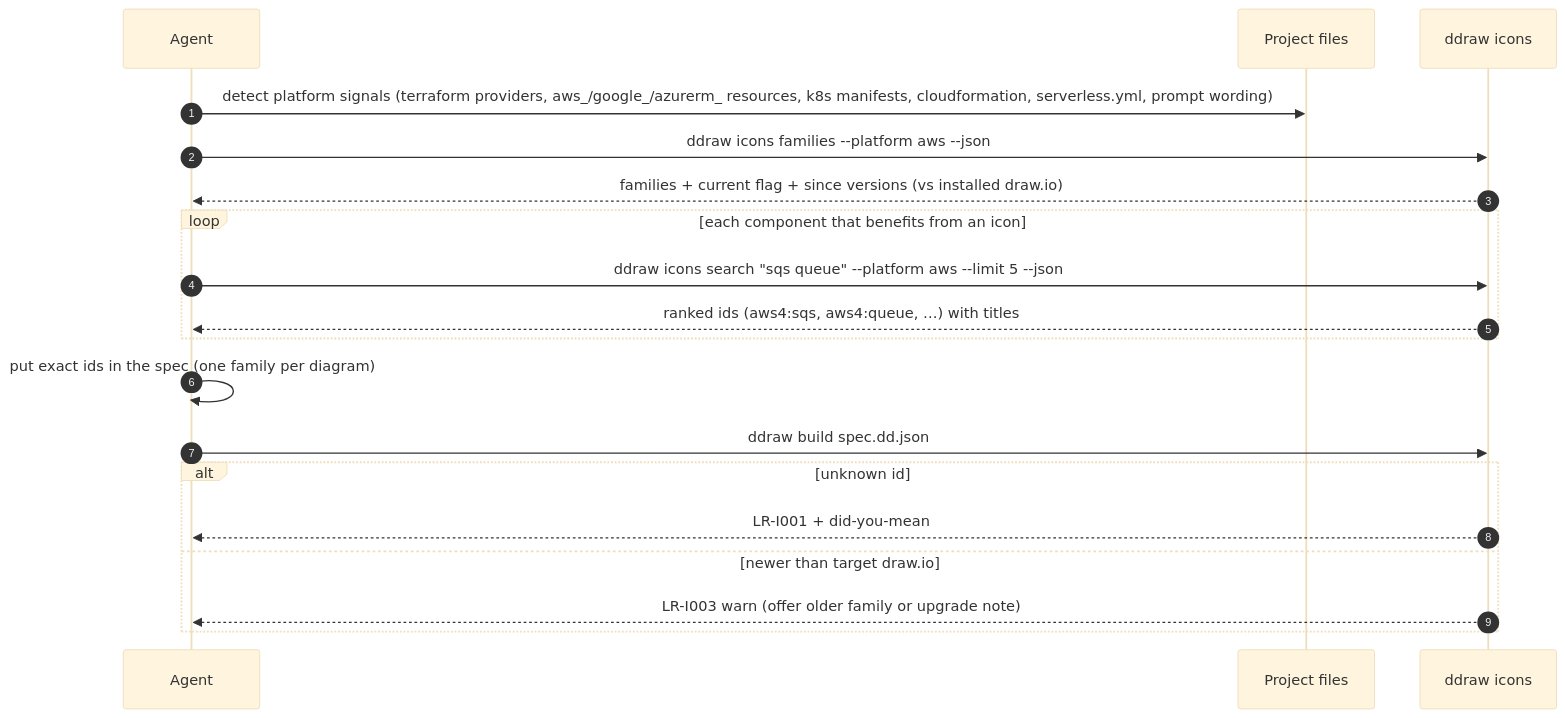
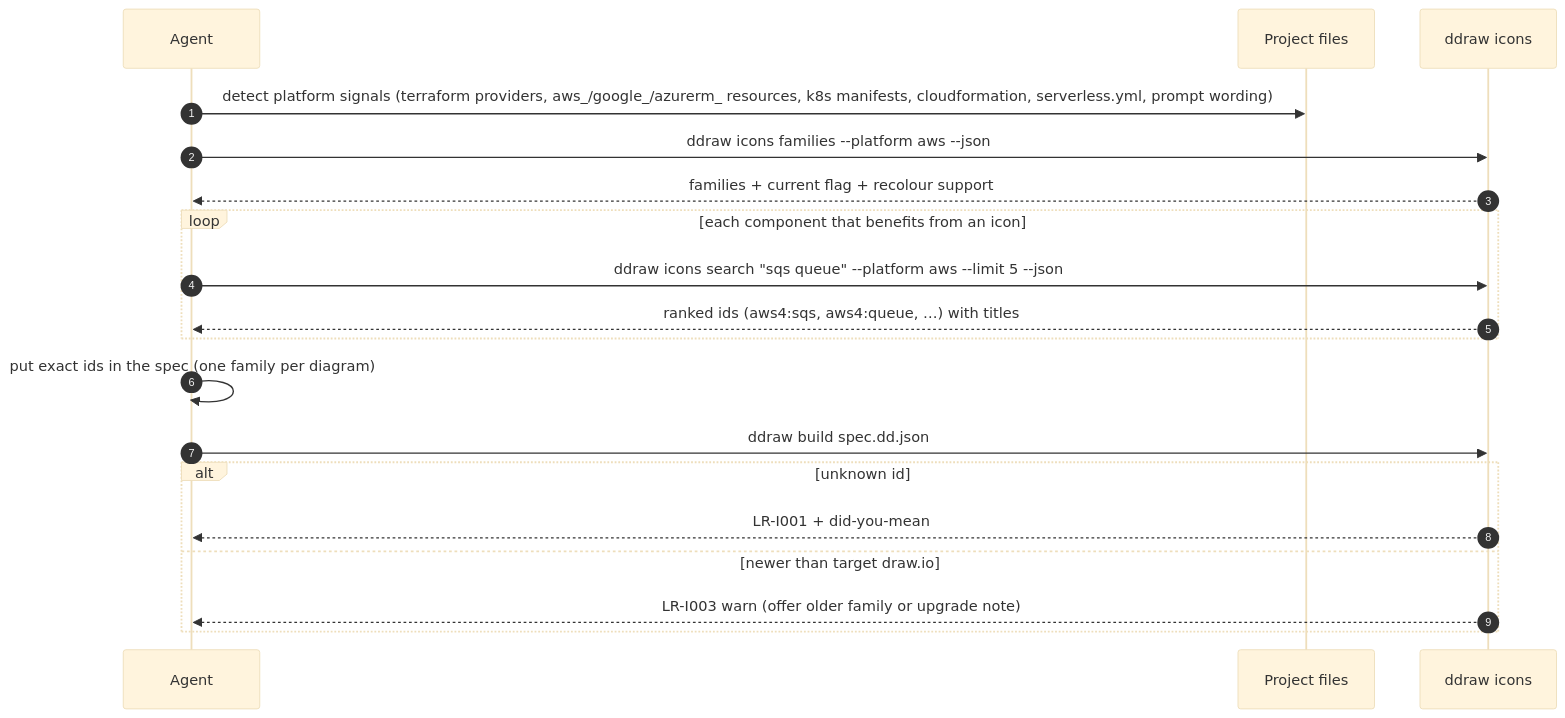
One commit to george4data/draw-design changed diagram 12 of 25 in docs/prd.md. Above: the diagram before and after it, drawn with Mermaid (base theme). The commit also changed other lines of this file and 37 other files, not shown here.

````diff
--- a/docs/prd.md
+++ b/docs/prd.md
@@ -1193,21 +1204,21 @@
 ```mermaid
 sequenceDiagram
     autonumber
     participant Agent
     participant Repo as Project files
     participant CLI as ddraw icons
     Agent->>Repo: detect platform signals (terraform providers, aws_/google_/azurerm_ resources, k8s manifests, cloudformation, serverless.yml, prompt wording)
     Agent->>CLI: ddraw icons families --platform aws --json
-    CLI-->>Agent: families + current flag + since versions (vs installed draw.io)
+    CLI-->>Agent: families + current flag + recolour support
     loop each component that benefits from an icon
         Agent->>CLI: ddraw icons search "sqs queue" --platform aws --limit 5 --json
         CLI-->>Agent: ranked ids (aws4:sqs, aws4:queue, …) with titles
     end
     Agent->>Agent: put exact ids in the spec (one family per diagram)
     Agent->>CLI: ddraw build spec.dd.json
     alt unknown id
         CLI-->>Agent: LR-I001 + did-you-mean
     else newer than target draw.io
         CLI-->>Agent: LR-I003 warn (offer older family or upgrade note)
     end
 ```
````
